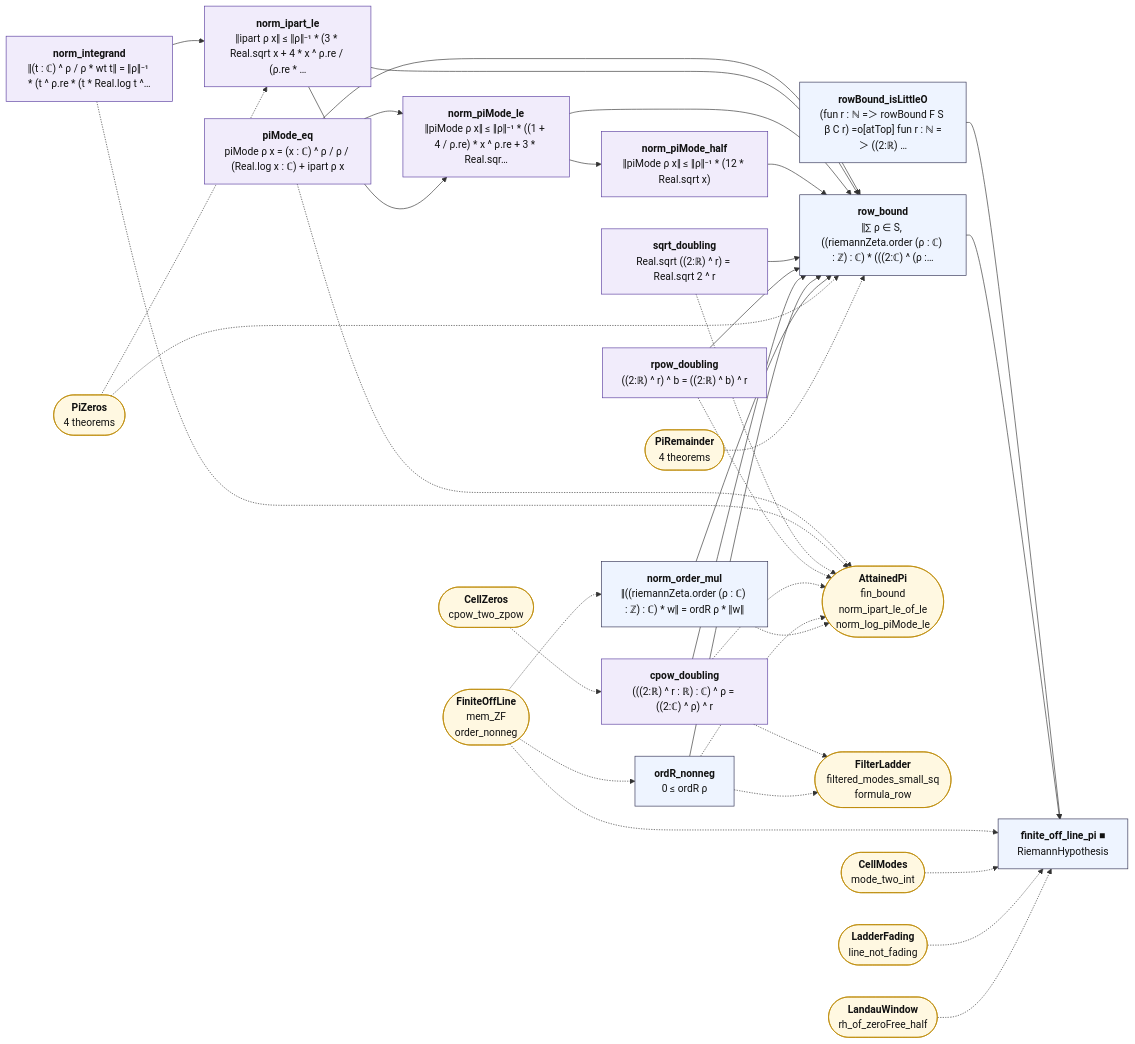
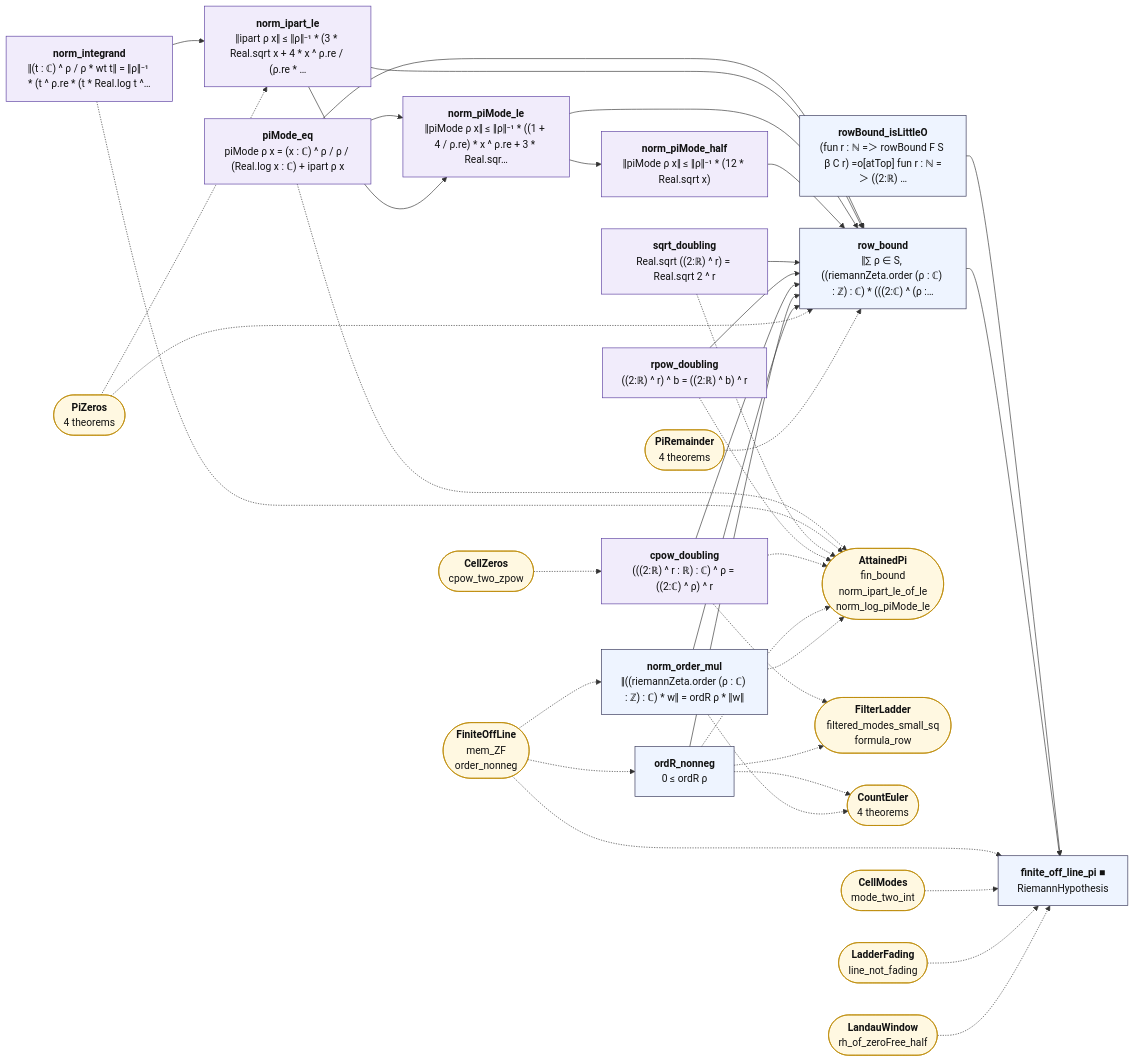
One commit to juliansambranojr/Primebeat_081426 changed the diagram in map/lean_stage3/FiniteOffLinePi.mmd. Above: the diagram before and after it, drawn with Mermaid. The commit also changed 39 other files, not shown here.

First line of the commit message:
Block N3-E: on the count's ladder no mode lies strictly outside a disc holding the others (unit 0471)

```diff
--- a/map/lean_stage3/FiniteOffLinePi.mmd
+++ b/map/lean_stage3/FiniteOffLinePi.mmd
@@ -1,65 +1,68 @@
 flowchart LR
   n0["<b>piMode_eq</b><br/>piMode ρ x = (x : ℂ) ^ ρ / ρ / (Real.log x : ℂ) + ipart ρ x"]:::shp
   n1["<b>norm_integrand</b><br/>‖(t : ℂ) ^ ρ / ρ * wt t‖ = ‖ρ‖⁻¹ * (t ^ ρ.re * (t * Real.log t ^…"]:::shp
   n2["<b>norm_ipart_le</b><br/>‖ipart ρ x‖ ≤ ‖ρ‖⁻¹ * (3 * Real.sqrt x + 4 * x ^ ρ.re / (ρ.re * …"]:::shp
   n3["<b>norm_piMode_le</b><br/>‖piMode ρ x‖ ≤ ‖ρ‖⁻¹ * ((1 + 4 / ρ.re) * x ^ ρ.re + 3 * Real.sqr…"]:::shp
   n4["<b>norm_piMode_half</b><br/>‖piMode ρ x‖ ≤ ‖ρ‖⁻¹ * (12 * Real.sqrt x)"]:::shp
   n5["<b>sqrt_doubling</b><br/>Real.sqrt ((2:ℝ) ^ r) = Real.sqrt 2 ^ r"]:::shp
   n6["<b>rpow_doubling</b><br/>((2:ℝ) ^ r) ^ b = ((2:ℝ) ^ b) ^ r"]:::shp
   n7["<b>cpow_doubling</b><br/>(((2:ℝ) ^ r : ℝ) : ℂ) ^ ρ = ((2:ℂ) ^ ρ) ^ r"]:::shp
   n8["<b>ordR_nonneg</b><br/>0 ≤ ordR ρ"]:::thm
   n9["<b>norm_order_mul</b><br/>‖((riemannZeta.order (ρ : ℂ) : ℤ) : ℂ) * w‖ = ordR ρ * ‖w‖"]:::thm
   n10["<b>rowBound_isLittleO</b><br/>(fun r : ℕ =＞ rowBound F S β C r) =o[atTop] fun r : ℕ =＞ ((2:ℝ) …"]:::thm
   n11["<b>row_bound</b><br/>‖∑ ρ ∈ S, ((riemannZeta.order (ρ : ℂ) : ℤ) : ℂ) * (((2:ℂ) ^ (ρ :…"]:::thm
   n12["<b>finite_off_line_pi ■</b><br/>RiemannHypothesis"]:::thm
   x0(["<b>AttainedPi</b><br/>fin_bound<br/>norm_ipart_le_of_le<br/>norm_log_piMode_le"]):::ext
   x1(["<b>PiZeros</b><br/>4 theorems"]):::ext
   x2(["<b>CellZeros</b><br/>cpow_two_zpow"]):::ext
   x3(["<b>FilterLadder</b><br/>filtered_modes_small_sq<br/>formula_row"]):::ext
   x4(["<b>FiniteOffLine</b><br/>mem_ZF<br/>order_nonneg"]):::ext
-  x5(["<b>PiRemainder</b><br/>4 theorems"]):::ext
-  x6(["<b>CellModes</b><br/>mode_two_int"]):::ext
-  x7(["<b>LadderFading</b><br/>line_not_fading"]):::ext
-  x8(["<b>LandauWindow</b><br/>rh_of_zeroFree_half"]):::ext
+  x5(["<b>CountEuler</b><br/>4 theorems"]):::ext
+  x6(["<b>PiRemainder</b><br/>4 theorems"]):::ext
+  x7(["<b>CellModes</b><br/>mode_two_int"]):::ext
+  x8(["<b>LadderFading</b><br/>line_not_fading"]):::ext
+  x9(["<b>LandauWindow</b><br/>rh_of_zeroFree_half"]):::ext
   n0 --> n11
   n0 --> n3
   n1 --> n2
   n10 --> n12
   n11 --> n12
   n2 --> n11
   n2 --> n3
   n3 --> n11
   n3 --> n4
   n4 --> n11
   n5 --> n11
   n6 --> n11
   n7 --> n11
   n8 --> n11
   n9 --> n11
   n0 -.-> x0
   n1 -.-> x0
   n5 -.-> x0
   n6 -.-> x0
   n7 -.-> x0
   n7 -.-> x3
   n8 -.-> x0
   n8 -.-> x3
+  n8 -.-> x5
   n9 -.-> x0
+  n9 -.-> x5
   x1 -.-> n11
   x1 -.-> n2
   x2 -.-> n7
   x4 -.-> n12
   x4 -.-> n8
   x4 -.-> n9
-  x5 -.-> n11
-  x6 -.-> n12
+  x6 -.-> n11
   x7 -.-> n12
   x8 -.-> n12
+  x9 -.-> n12
   classDef cnt fill:#dff5ec,stroke:#17694a,color:#111
   classDef shp fill:#f1ecfb,stroke:#5b3fa0,color:#111
   classDef rh fill:#ffe5e5,stroke:#c22,color:#111,stroke-width:2px
   classDef thm fill:#eef4ff,stroke:#335,color:#111
   classDef end_ fill:#e7f7e7,stroke:#2a7,color:#111,stroke-width:2px
   classDef lone fill:#fff,stroke:#999,color:#111,stroke-dasharray:4 3
   classDef bad fill:#ffe5e5,stroke:#c22,color:#111,stroke-width:2px
   classDef ext fill:#fff8e1,stroke:#b80,color:#111
```
